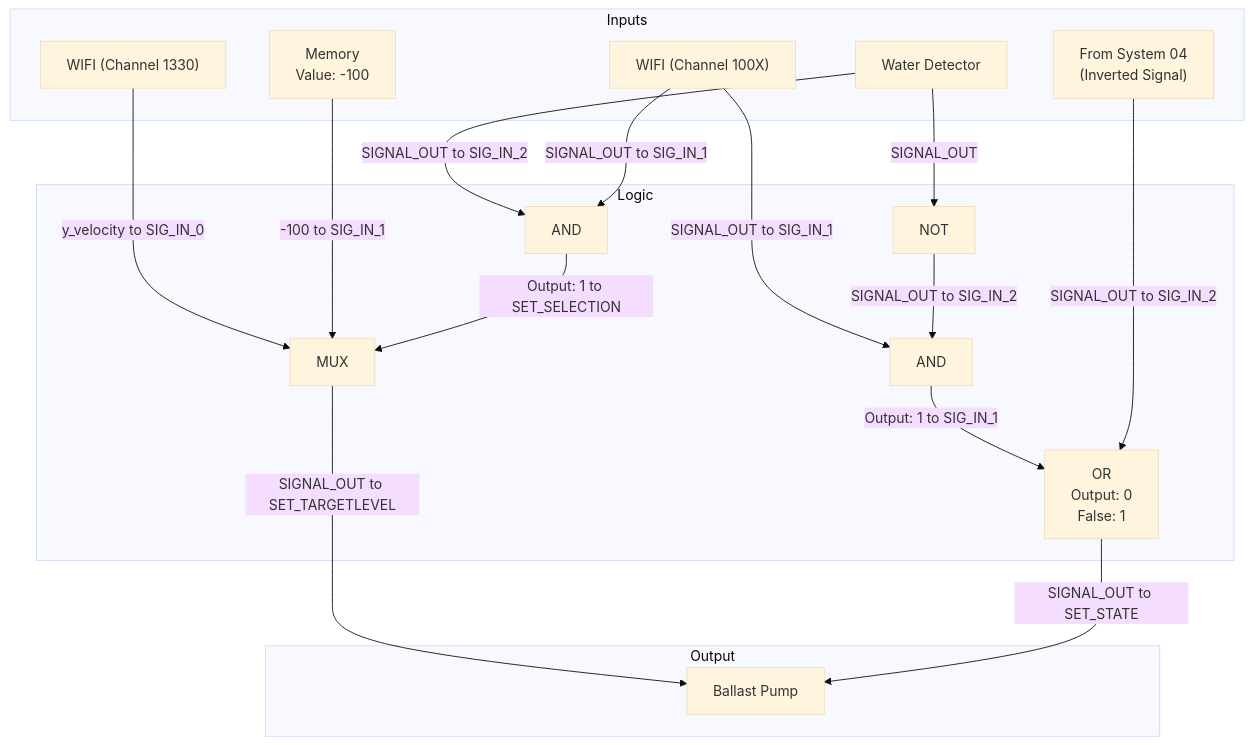
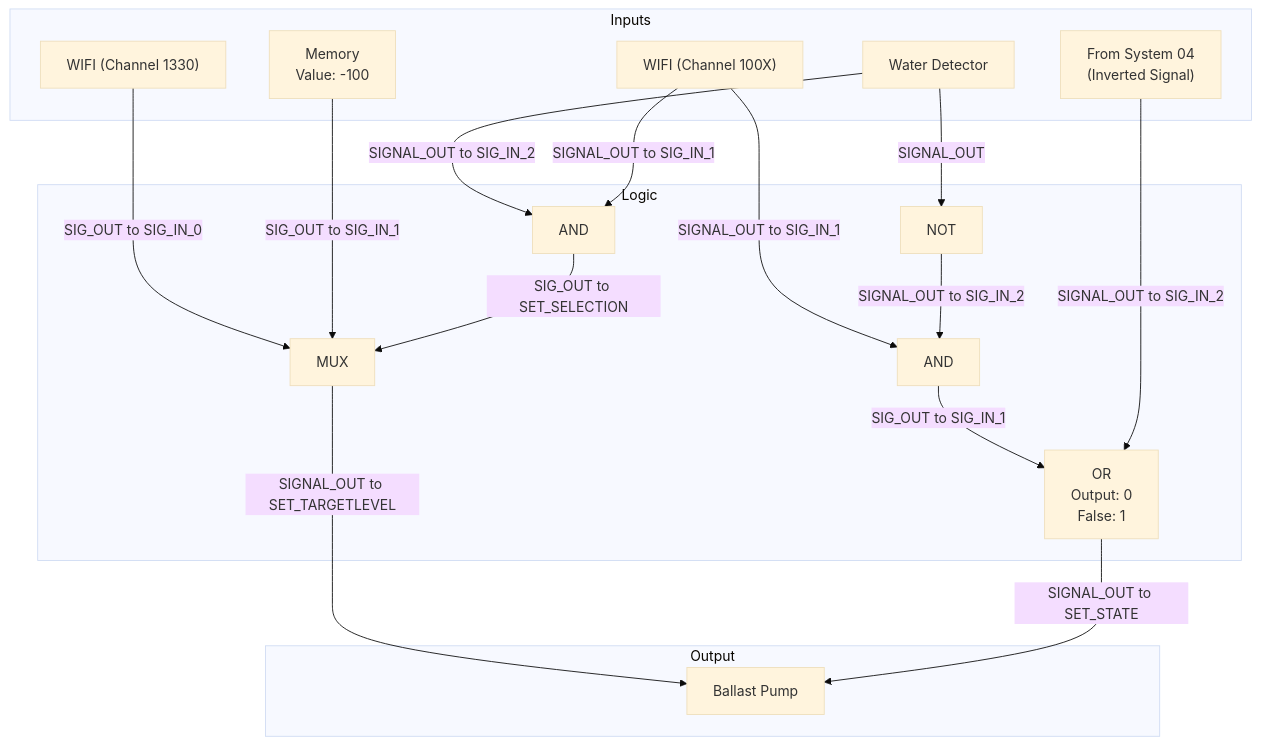
One commit to Xavrax/barotrauma changed the diagram in summer_2k25_0/07-PurgeAllWater.md. Above: the diagram before and after it, drawn with Mermaid (base theme). The commit also changed other lines of this file, not shown here.

Commit message:
manual fixes

````diff
--- a/summer_2k25_0/07-PurgeAllWater.md
+++ b/summer_2k25_0/07-PurgeAllWater.md
@@ -44,42 +44,42 @@
 ```mermaid
 graph TD;
     subgraph Inputs
         WIFI_1330["WIFI (Channel 1330)"];
         WIFI_100X["WIFI (Channel 100X)"];
         WATER["Water Detector"];
         MEM["Memory<br/>Value: -100"];
         SYS04["From System 04<br/>(Inverted Signal)"];
     end
 
     subgraph Logic
         AND1["AND"];
         AND2["AND"];
         NOT1["NOT"];
         OR1["OR<br/>Output: 0<br/>False: 1"];
         MUX1["MUX"];
     end
 
     subgraph Output
         PUMP["Ballast Pump"];
     end
 
-    WIFI_1330 -- "y_velocity to SIG_IN_0" --> MUX1;
-    MEM -- "-100 to SIG_IN_1" --> MUX1;
+    WIFI_1330 -- "SIG_OUT to SIG_IN_0" --> MUX1;
+    MEM -- "SIG_OUT to SIG_IN_1" --> MUX1;
 
     WATER -- "SIGNAL_OUT to SIG_IN_2" --> AND1;
     WATER -- "SIGNAL_OUT" --> NOT1;
     
     WIFI_100X -- "SIGNAL_OUT to SIG_IN_1" --> AND1;
     WIFI_100X -- "SIGNAL_OUT to SIG_IN_1" --> AND2;
     
-    AND1 -- "Output: 1 to SET_SELECTION" --> MUX1;
+    AND1 -- "SIG_OUT to SET_SELECTION" --> MUX1;
     
     NOT1 -- "SIGNAL_OUT to SIG_IN_2" --> AND2;
     
-    AND2 -- "Output: 1 to SIG_IN_1" --> OR1;
+    AND2 -- "SIG_OUT to SIG_IN_1" --> OR1;
     SYS04 -- "SIGNAL_OUT to SIG_IN_2" --> OR1;
     
     MUX1 -- "SIGNAL_OUT to SET_TARGETLEVEL" --> PUMP;
     OR1 -- "SIGNAL_OUT to SET_STATE" --> PUMP;
 
 ```
````
